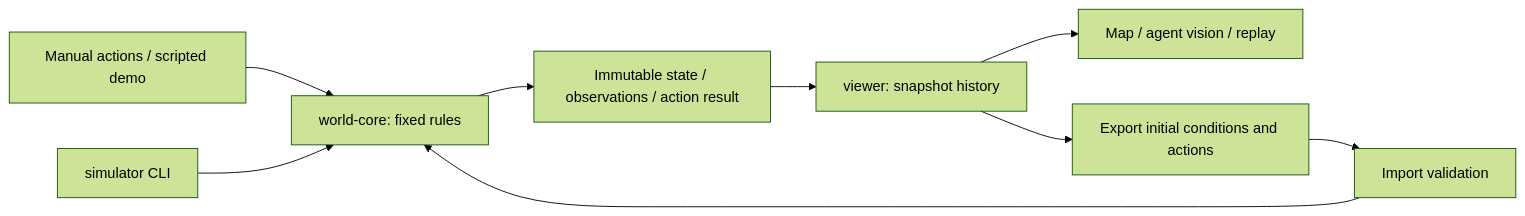
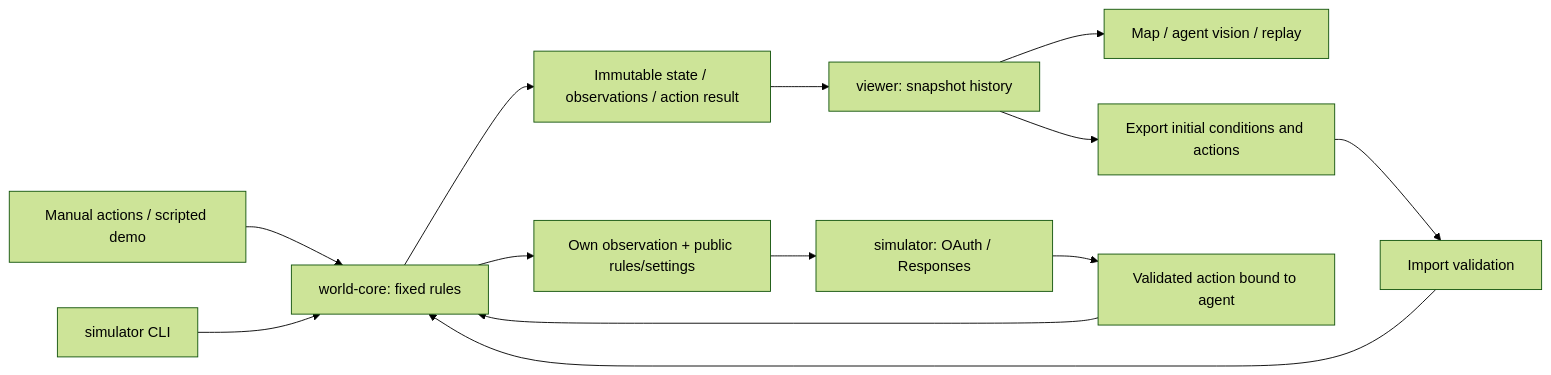
The diagram in ARCHITECTURE.md (YuxiangLiu-lyx/self_evolving_world), drawn with Mermaid (forest theme) before and after one commit. The commit also changed other lines of this file and 24 other files, not shown here.

````diff
--- a/ARCHITECTURE.md
+++ b/ARCHITECTURE.md
@@ -7,11 +7,15 @@
 ```mermaid
 flowchart LR
     Input[Manual actions / scripted demo] --> Core[world-core: fixed rules]
     Core --> State[Immutable state / observations / action result]
     State --> History[viewer: snapshot history]
     History --> View[Map / agent vision / replay]
     History --> File[Export initial conditions and actions]
     File --> Validate[Import validation]
     Validate --> Core
     CLI[simulator CLI] --> Core
+    Observation[Own observation + public rules/settings] --> Adapter[simulator: OAuth / Responses]
+    Adapter --> Action[Validated action bound to agent]
+    Action --> Core
+    Core --> Observation
 ```
````
